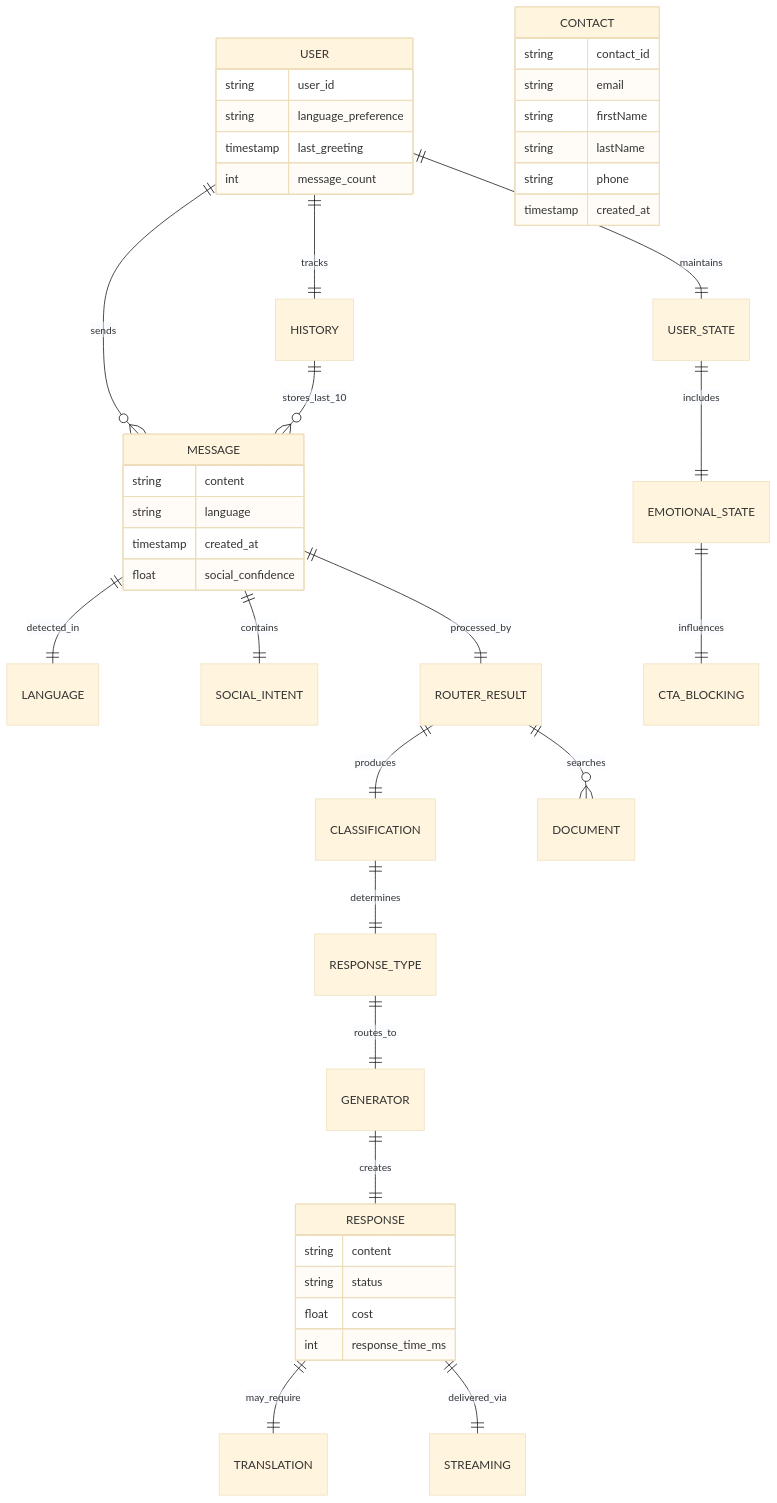
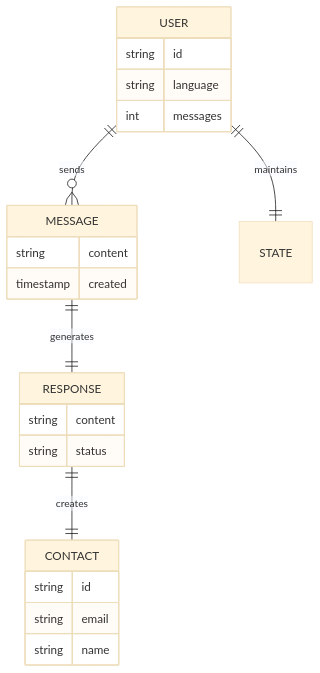
One commit to shao3d/Ukido_DynContInj changed the fifth of 5 diagrams in README.md. Above: the diagram before and after it, drawn with Mermaid (base theme). The commit also changed other lines of this file, not shown here.

First line of the commit message:
fix: Упрощение Mermaid диаграмм для GitHub совместимости

````diff
--- a/README.md
+++ b/README.md
@@ -352,49 +263,29 @@
 ```mermaid
 erDiagram
     USER ||--o{ MESSAGE : sends
-    USER ||--|| USER_STATE : maintains
-    USER ||--|| HISTORY : tracks
-    MESSAGE ||--|| LANGUAGE : detected_in
-    MESSAGE ||--|| SOCIAL_INTENT : contains
-    MESSAGE ||--|| ROUTER_RESULT : processed_by
-    ROUTER_RESULT ||--|| CLASSIFICATION : produces
-    ROUTER_RESULT ||--o{ DOCUMENT : searches
-    CLASSIFICATION ||--|| RESPONSE_TYPE : determines
-    RESPONSE_TYPE ||--|| GENERATOR : routes_to
-    GENERATOR ||--|| RESPONSE : creates
-    RESPONSE ||--|| TRANSLATION : may_require
-    RESPONSE ||--|| STREAMING : delivered_via
-    HISTORY ||--o{ MESSAGE : stores_last_10
-    USER_STATE ||--|| EMOTIONAL_STATE : includes
-    EMOTIONAL_STATE ||--|| CTA_BLOCKING : influences
+    USER ||--|| STATE : maintains
+    MESSAGE ||--|| RESPONSE : generates
+    RESPONSE ||--|| CONTACT : creates
 
     USER {
-        string user_id
-        string language_preference
-        timestamp last_greeting
-        int message_count
+        string id
+        string language
+        int messages
     }
 
     MESSAGE {
         string content
-        string language
-        timestamp created_at
-        float social_confidence
+        timestamp created
     }
 
     RESPONSE {
         string content
         string status
-        float cost
-        int response_time_ms
     }
 
     CONTACT {
-        string contact_id
+        string id
         string email
-        string firstName
-        string lastName
-        string phone
-        timestamp created_at
+        string name
     }
 ```
````
